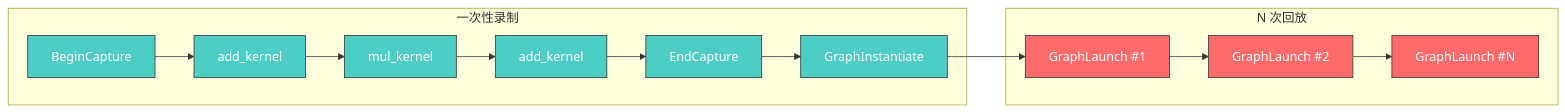
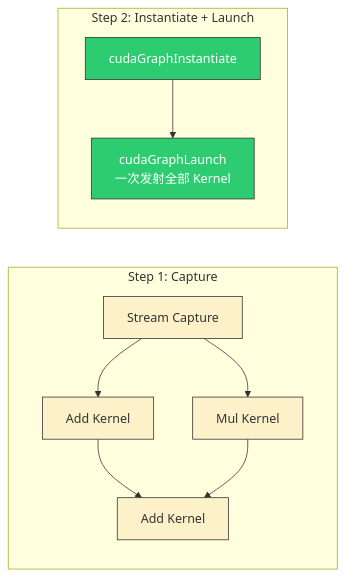
The second of 2 diagrams in Blogs/08_Advanced_CUDAGraphs_Streams_Extensions.md (psmarter/CUDA-Practice), drawn with Mermaid before and after one commit. The commit also changed other lines of this file and 20 other files, not shown here.

````diff
--- a/Blogs/08_Advanced_CUDAGraphs_Streams_Extensions.md
+++ b/Blogs/08_Advanced_CUDAGraphs_Streams_Extensions.md
@@ -79,19 +81,17 @@
 ```mermaid
 graph LR
-    classDef capture fill:#4ecdc4,stroke:#333,color:#fff;
-    classDef replay fill:#ff6b6b,stroke:#333,color:#fff;
+    classDef capture fill:#fcf1c8,stroke:#333;
+    classDef replay fill:#2ecc71,stroke:#333,color:#fff;
 
-    subgraph "一次性录制"
-        BC[BeginCapture]:::capture --> K1["add_kernel"]:::capture
-        K1 --> K2["mul_kernel"]:::capture
-        K2 --> K3["add_kernel"]:::capture
-        K3 --> EC[EndCapture]:::capture
-        EC --> GI[GraphInstantiate]:::capture
+    subgraph "Step 1: Capture"
+        C1["Stream Capture"]:::capture
+        C1 --> K1["Add Kernel"]:::capture
+        C1 --> K2["Mul Kernel"]:::capture
+        K1 --> K3["Add Kernel"]:::capture
+        K2 --> K3
     end
 
-    subgraph "N 次回放"
-        GI --> GL1["GraphLaunch #1"]:::replay
-        GL1 --> GL2["GraphLaunch #2"]:::replay
-        GL2 --> GLN["GraphLaunch #N"]:::replay
+    subgraph "Step 2: Instantiate + Launch"
+        G["cudaGraphInstantiate"]:::replay --> L["cudaGraphLaunch\n一次发射全部 Kernel"]:::replay
     end
 ```
````
